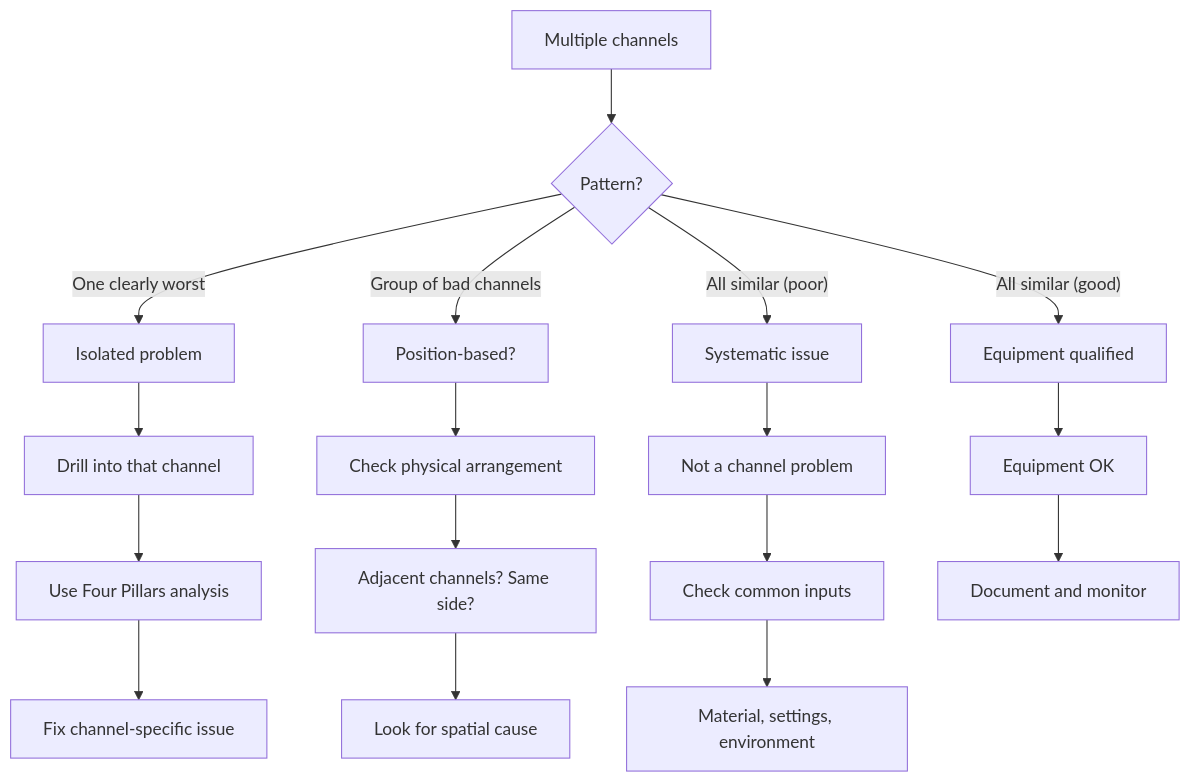
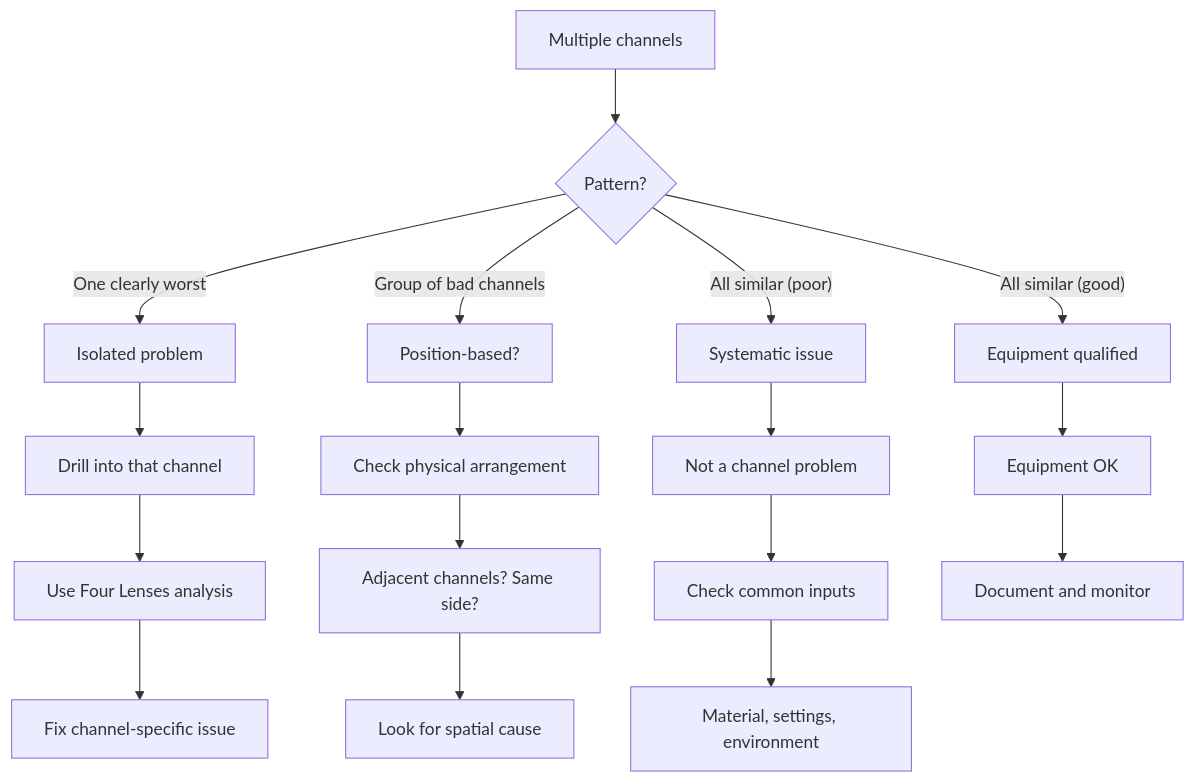
Before and after one commit to jukka-matti/variscout: the sixth of 8 diagrams in docs/03-features/workflows/decision-trees.md, drawn with Mermaid. The commit also changed other lines of this file and 60 other files, not shown here.

First line of the commit message:
refactor: rename Four Pillars to Four Lenses across docs, website, and config

````diff
--- a/docs/03-features/workflows/decision-trees.md
+++ b/docs/03-features/workflows/decision-trees.md
@@ -134,24 +134,24 @@
 ```mermaid
 flowchart TD
     A["Multiple channels"] --> B{Pattern?}
 
     B -->|"One clearly worst"| C[Isolated problem]
     B -->|"Group of bad channels"| D[Position-based?]
     B -->|"All similar (poor)"| E[Systematic issue]
     B -->|"All similar (good)"| F[Equipment qualified]
 
     C --> C1["Drill into that channel"]
-    C1 --> C2["Use Four Pillars analysis"]
+    C1 --> C2["Use Four Lenses analysis"]
     C2 --> C3["Fix channel-specific issue"]
 
     D --> D1["Check physical arrangement"]
     D1 --> D2["Adjacent channels? Same side?"]
     D2 --> D3["Look for spatial cause"]
 
     E --> E1["Not a channel problem"]
     E1 --> E2["Check common inputs"]
     E2 --> E3["Material, settings, environment"]
 
     F --> F1["Equipment OK"]
     F1 --> F2["Document and monitor"]
 ```
````
